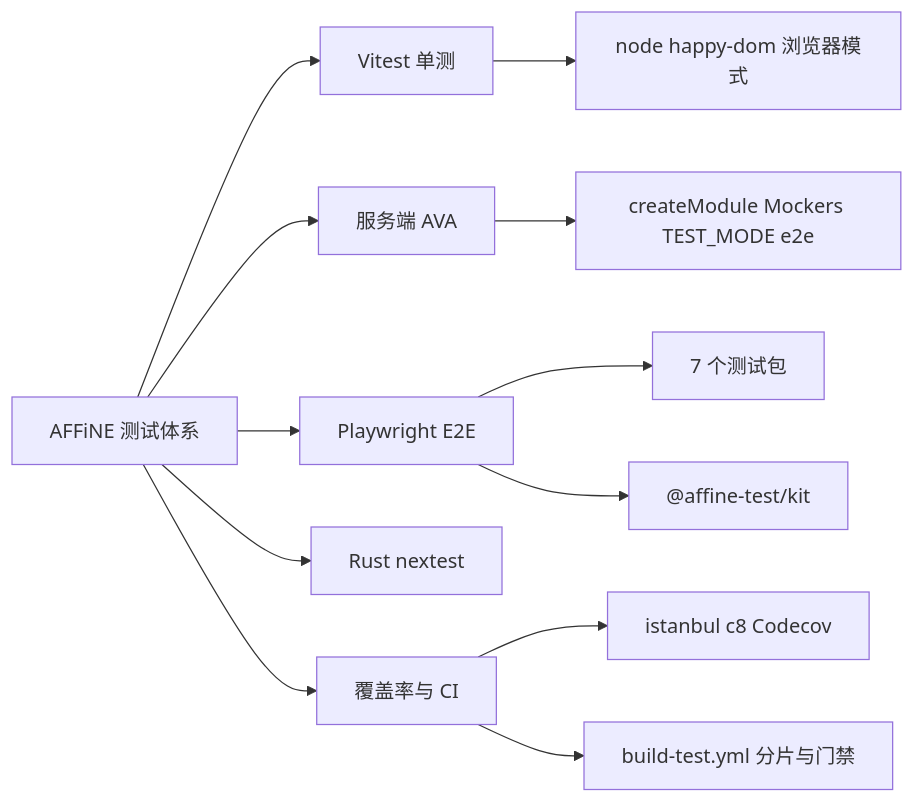
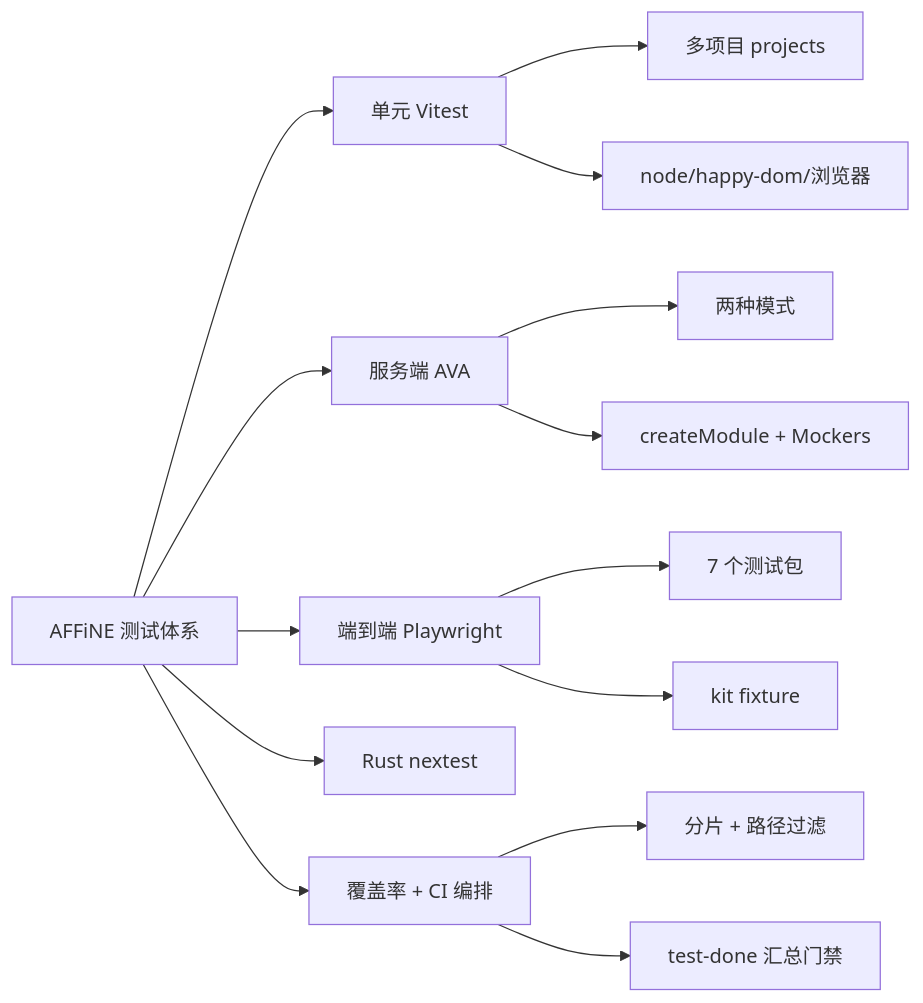
One commit to lfire/AFFiNE changed the first of 2 diagrams in learning-guide/slides/decks/25.md. Above: the diagram before and after it, drawn with Mermaid. The commit also changed other lines of this file and 46 other files, not shown here.

````diff
--- a/learning-guide/slides/decks/25.md
+++ b/learning-guide/slides/decks/25.md
@@ -42,14 +34,16 @@
 ```mermaid
 flowchart LR
-    ROOT["AFFiNE 测试体系"] --> V["Vitest 单测"]
-    ROOT --> A["服务端 AVA"]
-    ROOT --> P["Playwright E2E"]
-    ROOT --> R["Rust nextest"]
-    ROOT --> C["覆盖率与 CI"]
-    V --> V1["node happy-dom 浏览器模式"]
-    A --> A1["createModule Mockers TEST_MODE e2e"]
-    P --> P1["7 个测试包"]
-    P --> P2["@affine-test/kit"]
-    C --> C1["istanbul c8 Codecov"]
-    C --> C2["build-test.yml 分片与门禁"]
+  ROOT["AFFiNE 测试体系"] --> U["单元 Vitest"]
+  ROOT --> A["服务端 AVA"]
+  ROOT --> E["端到端 Playwright"]
+  ROOT --> R["Rust nextest"]
+  ROOT --> COV["覆盖率 + CI 编排"]
+  U --> U1["多项目 projects"]
+  U --> U2["node/happy-dom/浏览器"]
+  A --> A1["两种模式"]
+  A --> A2["createModule + Mockers"]
+  E --> E1["7 个测试包"]
+  E --> E2["kit fixture"]
+  COV --> C1["分片 + 路径过滤"]
+  COV --> C2["test-done 汇总门禁"]
 ```
````
